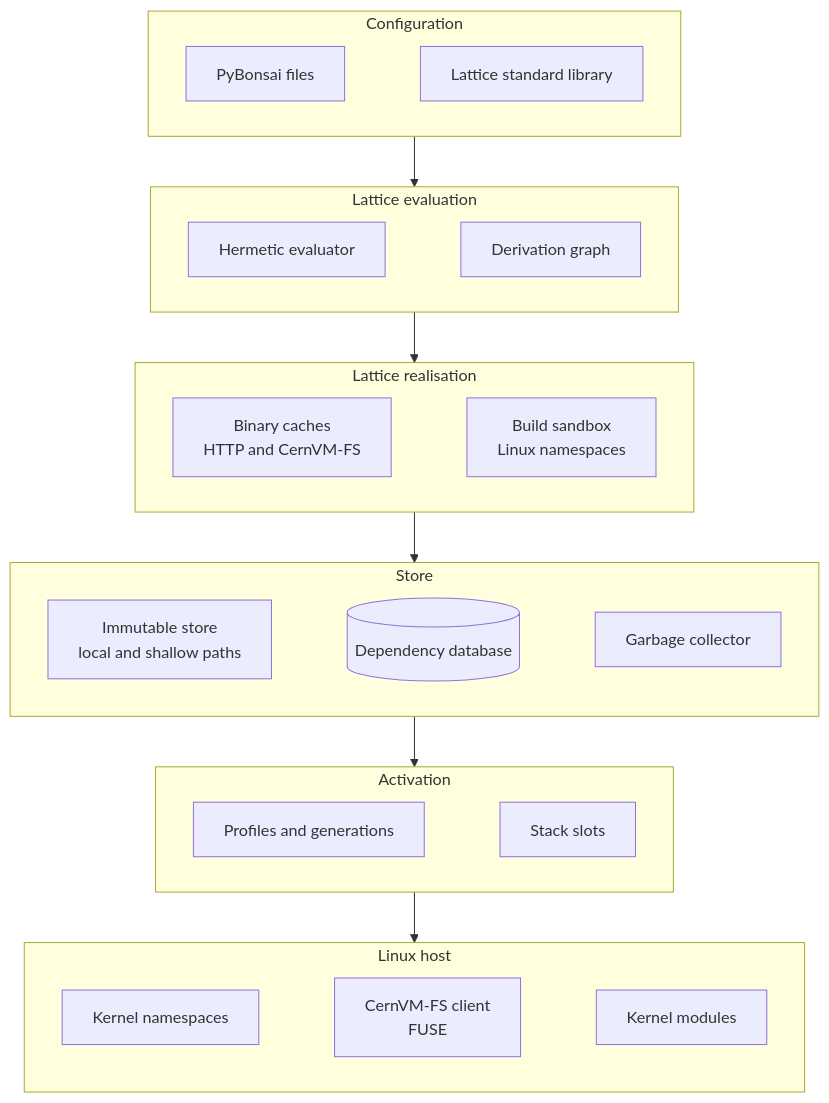
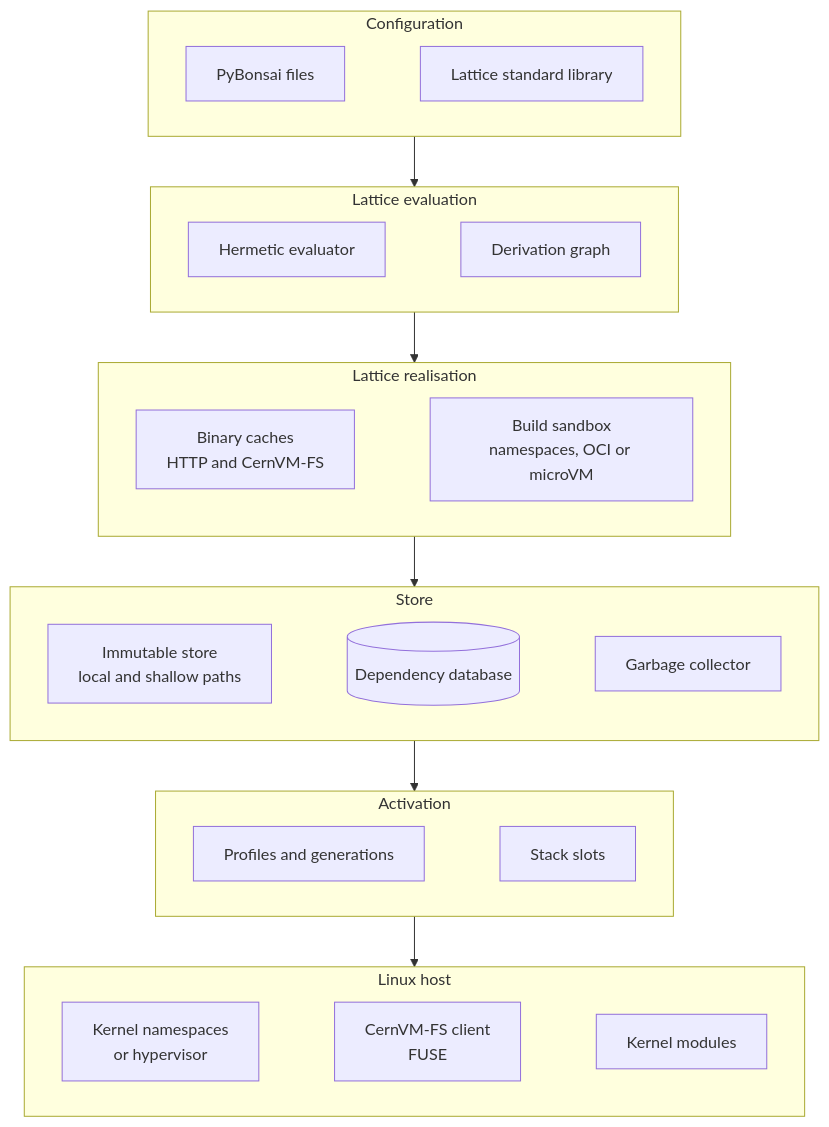
The first of 3 diagrams in docs/rfc/0001-pyrixos-architecture.md (PacketFive/PyrixOS), drawn with Mermaid before and after one commit. The commit also changed other lines of this file and 5 other files, not shown here.

````diff
--- a/docs/rfc/0001-pyrixos-architecture.md
+++ b/docs/rfc/0001-pyrixos-architecture.md
@@ -36,37 +36,37 @@
 ```mermaid
 ---
 config:
   themeVariables:
     fontSize: 16px
   flowchart:
     useMaxWidth: false
   sequence:
     useMaxWidth: false
 ---
 flowchart TB
     subgraph L1["Configuration"]
         direction LR
         pyb["PyBonsai files"] ~~~ lib["Lattice standard library"]
     end
     subgraph L2["Lattice evaluation"]
         direction LR
         ev["Hermetic evaluator"] ~~~ drv["Derivation graph"]
     end
     subgraph L3["Lattice realisation"]
         direction LR
-        bc["Binary caches<br/>HTTP and CernVM-FS"] ~~~ sb["Build sandbox<br/>Linux namespaces"]
+        bc["Binary caches<br/>HTTP and CernVM-FS"] ~~~ sb["Build sandbox<br/>namespaces, OCI or microVM"]
     end
     subgraph L4["Store"]
         direction LR
         st["Immutable store<br/>local and shallow paths"] ~~~ db[("Dependency database")] ~~~ gc["Garbage collector"]
     end
     subgraph L5["Activation"]
         direction LR
         pr["Profiles and generations"] ~~~ sl["Stack slots"]
     end
     subgraph L6["Linux host"]
         direction LR
-        ns["Kernel namespaces"] ~~~ fuse["CernVM-FS client<br/>FUSE"] ~~~ km["Kernel modules"]
+        ns["Kernel namespaces<br/>or hypervisor"] ~~~ fuse["CernVM-FS client<br/>FUSE"] ~~~ km["Kernel modules"]
     end
     L1 --> L2 --> L3 --> L4 --> L5 --> L6
 ```
````
